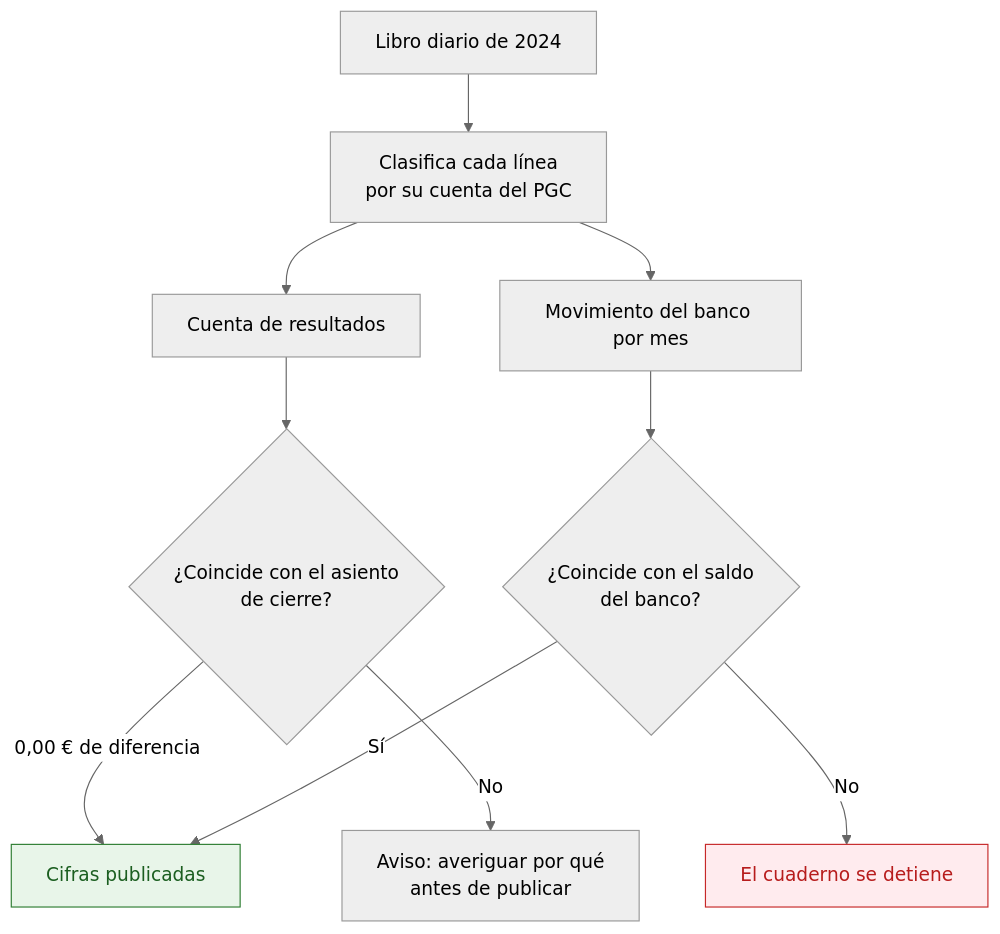
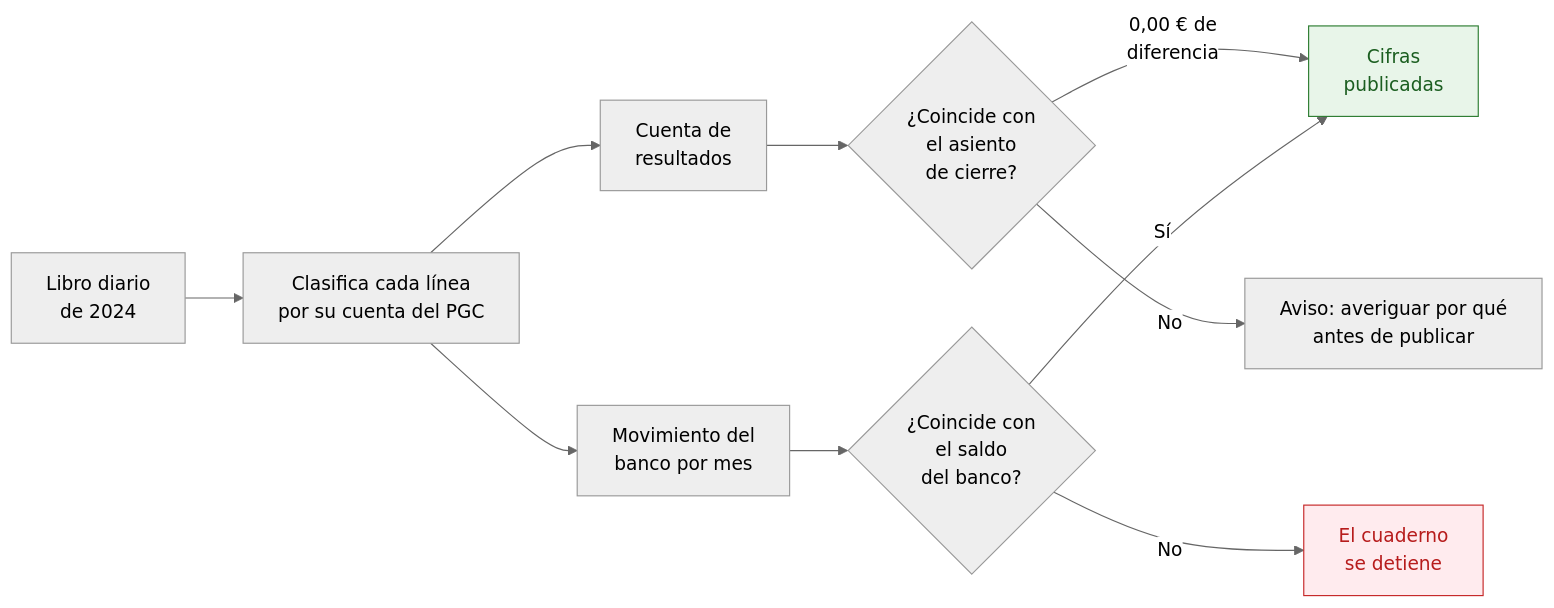
One commit to jleonceo/analisis-contable changed the diagram in README.md. Above: the diagram before and after it, drawn with Mermaid (neutral theme). The commit also changed 1 other file, not shown here.

Commit message:
Esquema: pasa a horizontal para que ocupe menos de una pantalla
Iba de arriba abajo y ocupaba más de 800 píxeles de alto. Ahora va de
izquierda a derecha. El contenido de las cajas es el mismo.

````diff
--- a/README.md
+++ b/README.md
@@ -34,14 +34,14 @@
 ```mermaid
-flowchart TD
-    D[Libro diario de 2024] --> C[Clasifica cada línea<br/>por su cuenta del PGC]
-    C --> P[Cuenta de resultados]
-    C --> B[Movimiento del banco por mes]
-    P --> V1{¿Coincide con el asiento<br/>de cierre?}
-    B --> V2{¿Coincide con el saldo<br/>del banco?}
-    V1 -->|0,00 € de diferencia| OK[Cifras publicadas]
+flowchart LR
+    D[Libro diario<br/>de 2024] --> C[Clasifica cada línea<br/>por su cuenta del PGC]
+    C --> P[Cuenta de<br/>resultados]
+    C --> B[Movimiento del<br/>banco por mes]
+    P --> V1{¿Coincide con<br/>el asiento<br/>de cierre?}
+    B --> V2{¿Coincide con<br/>el saldo<br/>del banco?}
+    V1 -->|0,00 € de<br/>diferencia| OK[Cifras<br/>publicadas]
     V1 -->|No| AV[Aviso: averiguar por qué<br/>antes de publicar]
     V2 -->|Sí| OK
-    V2 -->|No| STOP[El cuaderno se detiene]
+    V2 -->|No| STOP[El cuaderno<br/>se detiene]
     style OK fill:#e8f5e9,stroke:#2e7d32,color:#1b5e20
     style STOP fill:#ffebee,stroke:#c62828,color:#b71c1c
 ```
````
